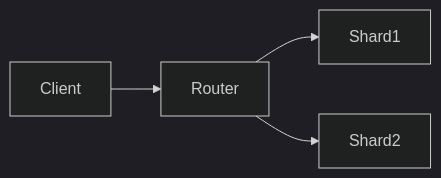
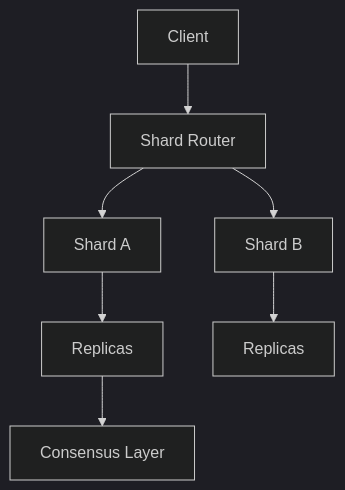
Before and after one commit to hareramcse/SystemDesign: the first of 29 diagrams in 05-distributed-databases/README.md, drawn with Mermaid (dark theme). The commit also changed other lines of this file and 15 other files, not shown here.

````diff
--- a/05-distributed-databases/README.md
+++ b/05-distributed-databases/README.md
@@ -42,6 +52,9 @@
 ```mermaid
-flowchart LR
-    Client --> Router
-    Router --> Shard1
-    Router --> Shard2
+flowchart TB
+    Client --> Router[Shard Router]
+    Router --> S1[Shard A]
+    Router --> S2[Shard B]
+    S1 --> R1[Replicas]
+    S2 --> R2[Replicas]
+    R1 --> Consensus[Consensus Layer]
 ```
````
